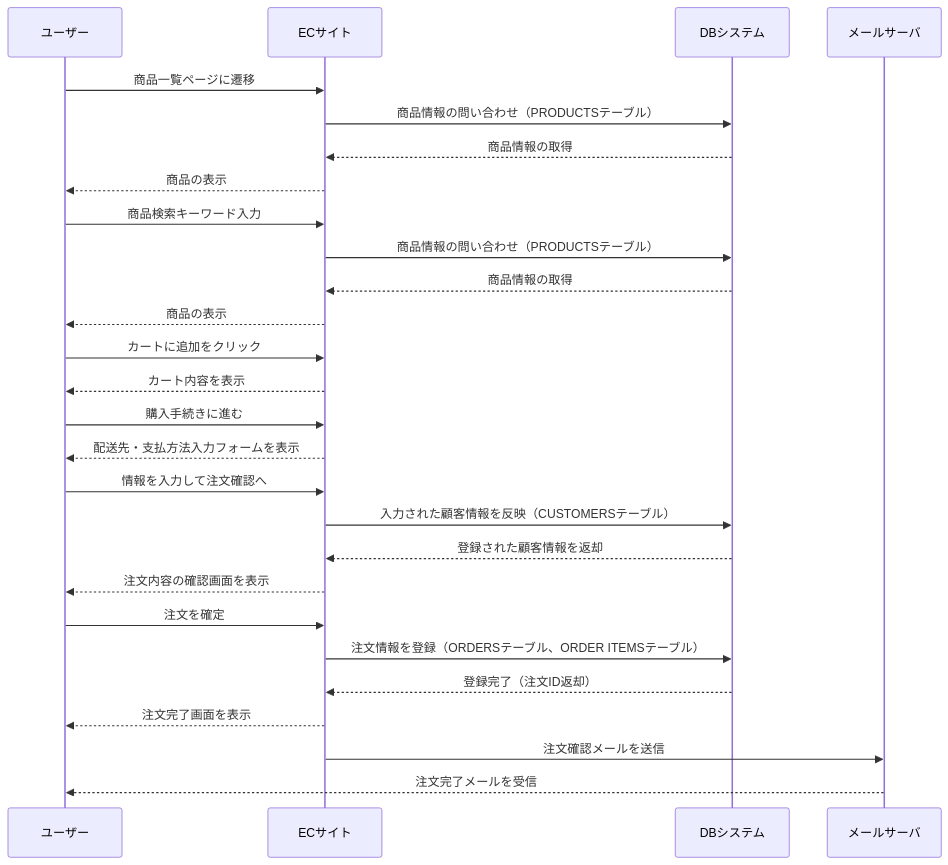
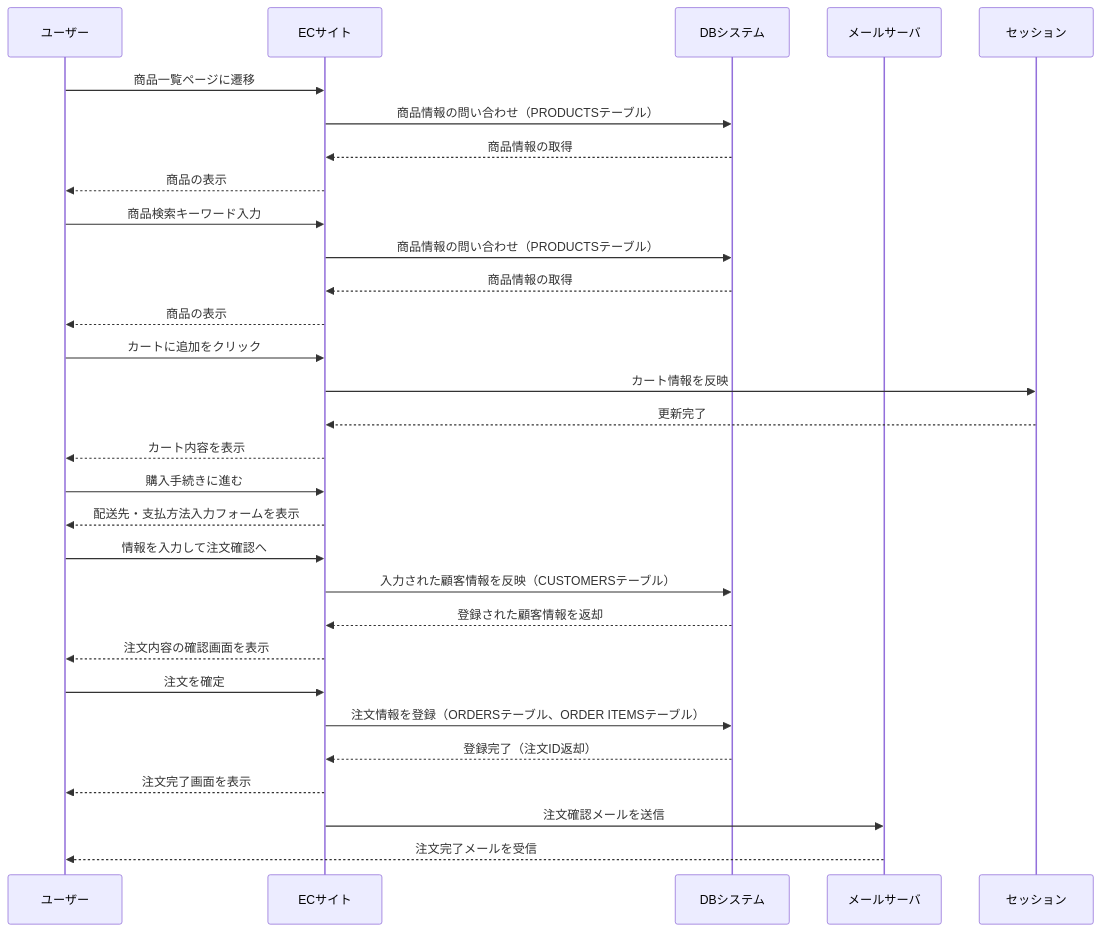
The third of 7 diagrams in 基本設計/提出用/基本設計書.md (Aoi-Yaegashi/teamF), drawn with Mermaid before and after one commit.

Commit message:
セッションについて追加

````diff
--- a/基本設計/提出用/基本設計書.md
+++ b/基本設計/提出用/基本設計書.md
@@ -254,41 +254,44 @@
 ```mermaid
 
 sequenceDiagram
   participant A as ユーザー
   participant B as ECサイト
   participant C as DBシステム
   participant D as メールサーバ
+  participant S as セッション
 
 %% 商品の一覧表示
 　A ->> B: 商品一覧ページに遷移
 　B ->> C: 商品情報の問い合わせ（PRODUCTSテーブル）
 　C -->> B: 商品情報の取得　
 　B -->> A: 商品の表示
 
 %% 商品検索
   A ->> B: 商品検索キーワード入力
 　B ->> C: 商品情報の問い合わせ（PRODUCTSテーブル）
 　C -->> B: 商品情報の取得　
 　B -->> A: 商品の表示
 
 %% カートに追加
 　A ->> B: カートに追加をクリック
+　B ->> S: カート情報を反映
+　S -->> B: 更新完了
 　B -->> A: カート内容を表示
 
 %% 購入手続き
   A ->> B: 購入手続きに進む
   B -->> A: 配送先・支払方法入力フォームを表示
   A ->> B: 情報を入力して注文確認へ
   B ->> C: 入力された顧客情報を反映（CUSTOMERSテーブル）
   C -->> B: 登録された顧客情報を返却
   B -->> A: 注文内容の確認画面を表示
 
 %% 注文確定処理
   A ->> B: 注文を確定
   B ->> C: 注文情報を登録（ORDERSテーブル、ORDER ITEMSテーブル）
   C -->> B: 登録完了（注文ID返却）
   B -->> A: 注文完了画面を表示
   B ->> D: 注文確認メールを送信
   D -->> A: 注文完了メールを受信
 
 ```
````
